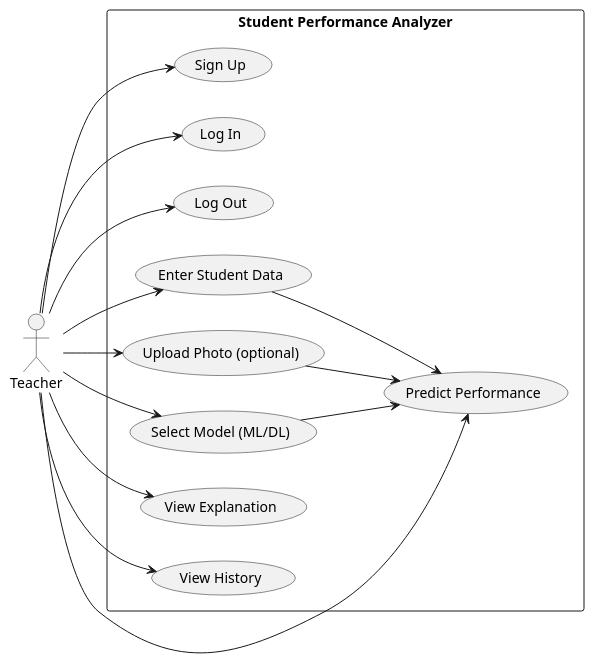
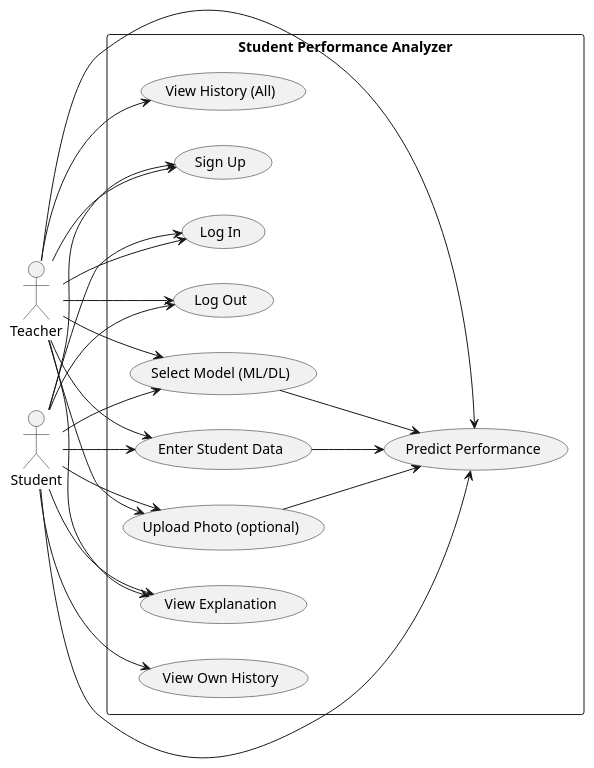
Before and after one commit to vrroshni/student-analyser: the second of 2 diagrams in docs/diagrams/USE_CASE_DIAGRAMS.md, drawn with PlantUML. The commit also changed other lines of this file and 26 other files, not shown here.

````diff
--- a/docs/diagrams/USE_CASE_DIAGRAMS.md
+++ b/docs/diagrams/USE_CASE_DIAGRAMS.md
@@ -122,29 +133,40 @@
 ```plantuml
 @startuml
 left to right direction
 actor Teacher
+actor Student
 rectangle "Student Performance Analyzer" {
   usecase "Sign Up" as UC1
   usecase "Log In" as UC2
   usecase "Log Out" as UC3
   usecase "Enter Student Data" as UC4
   usecase "Upload Photo (optional)" as UC5
   usecase "Select Model (ML/DL)" as UC6
   usecase "Predict Performance" as UC7
   usecase "View Explanation" as UC8
-  usecase "View History" as UC9
+  usecase "View History (All)" as UC9
+  usecase "View Own History" as UC10
 }
 Teacher --> UC1
 Teacher --> UC2
 Teacher --> UC3
 Teacher --> UC4
 Teacher --> UC5
 Teacher --> UC6
 Teacher --> UC7
 Teacher --> UC8
 Teacher --> UC9
+Student --> UC1
+Student --> UC2
+Student --> UC3
+Student --> UC4
+Student --> UC5
+Student --> UC6
+Student --> UC7
+Student --> UC8
+Student --> UC10
 UC4 --> UC7
 UC6 --> UC7
 UC5 --> UC7
 @enduml
 ```
````
